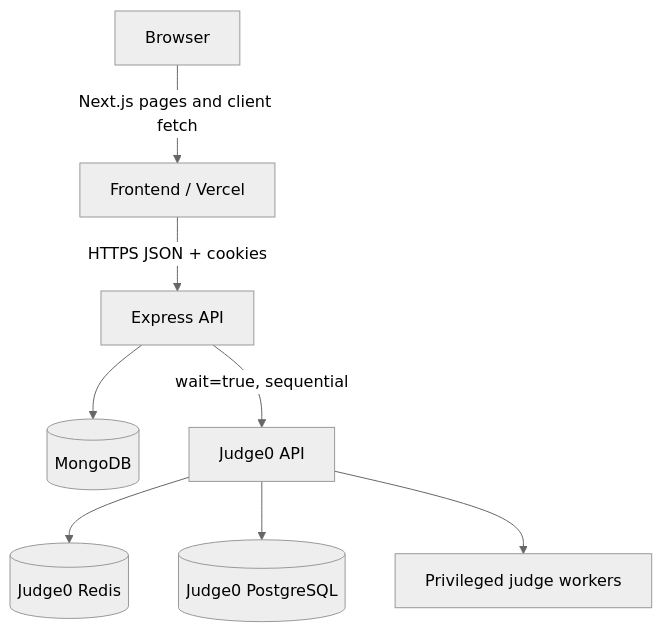
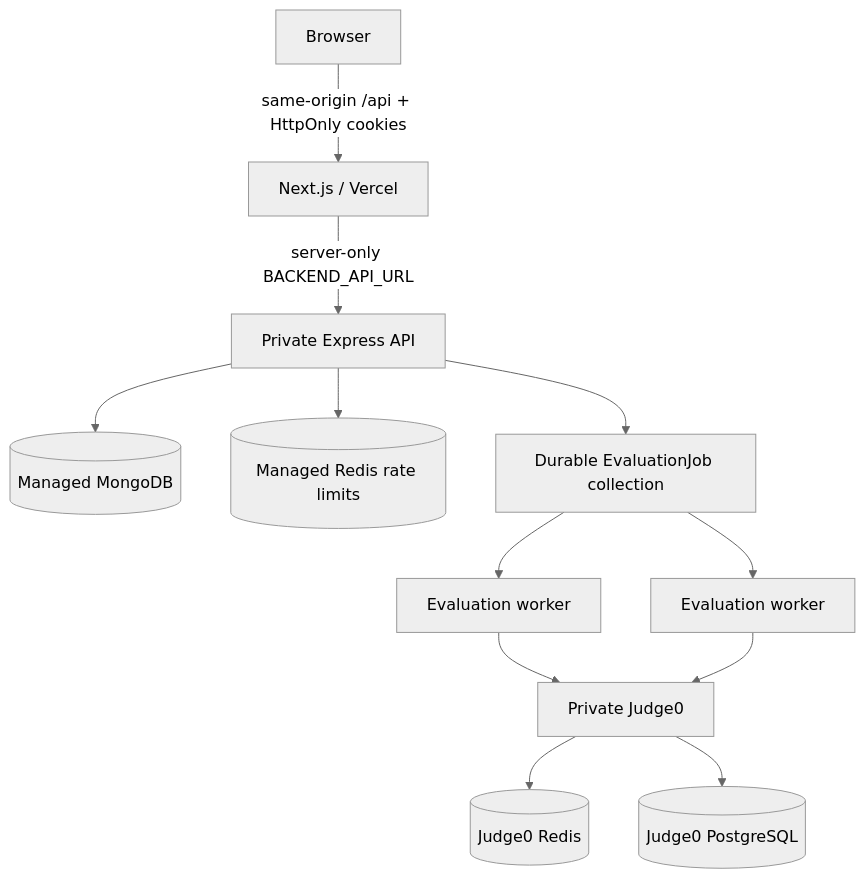
One commit to Katalume/documentation changed the diagram in docs/architecture/system.md. Above: the diagram before and after it, drawn with Mermaid (neutral theme). The commit also changed other lines of this file and 22 other files, not shown here.

````diff
--- a/docs/architecture/system.md
+++ b/docs/architecture/system.md
@@ -5,10 +5,14 @@
 ```mermaid
 flowchart TB
-    B["Browser"] -->|"Next.js pages and client fetch"| F["Frontend / Vercel"]
-    F -->|"HTTPS JSON + cookies"| API["Express API"]
-    API --> DB[("MongoDB")]
-    API -->|"wait=true, sequential"| J["Judge0 API"]
+    B["Browser"] -->|"same-origin /api + HttpOnly cookies"| F["Next.js / Vercel"]
+    F -->|"server-only BACKEND_API_URL"| API["Private Express API"]
+    API --> DB[("Managed MongoDB")]
+    API --> RL[("Managed Redis rate limits")]
+    API --> Q["Durable EvaluationJob collection"]
+    Q --> W1["Evaluation worker"]
+    Q --> W2["Evaluation worker"]
+    W1 --> J["Private Judge0"]
+    W2 --> J
     J --> JR[("Judge0 Redis")]
     J --> JP[("Judge0 PostgreSQL")]
-    J --> JW["Privileged judge workers"]
 ```
````
